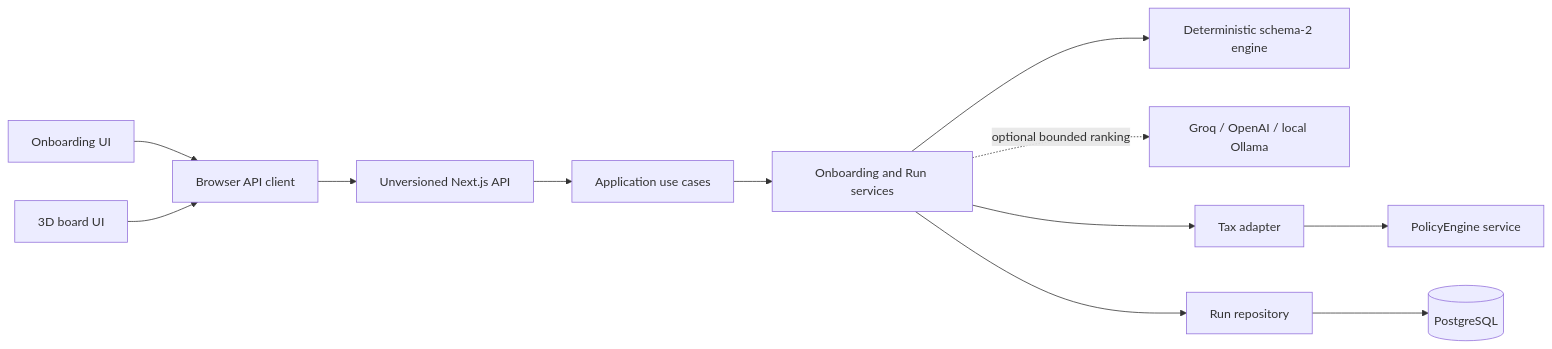
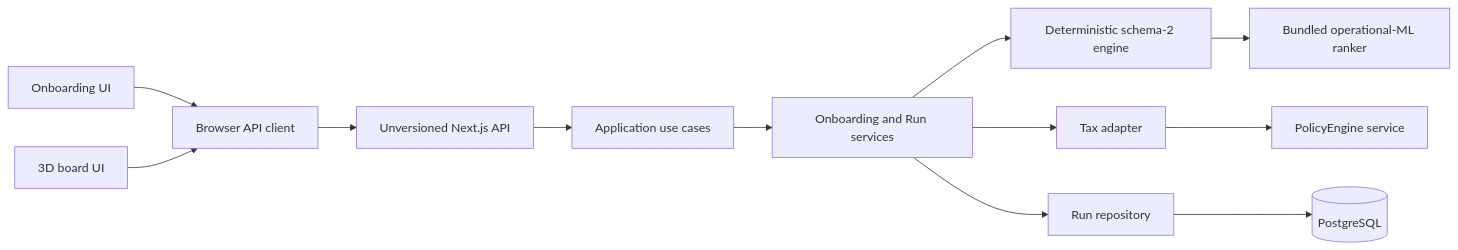
The first of 2 diagrams in docs/architecture/overview.md (tiennguyentony/life_finance), drawn with Mermaid before and after one commit. The commit also changed other lines of this file and 7 other files, not shown here.

Commit message:
Document operational ML gameplay architecture

````diff
--- a/docs/architecture/overview.md
+++ b/docs/architecture/overview.md
@@ -5,14 +5,14 @@
 ```mermaid
 flowchart LR
   O[Onboarding UI] --> C[Browser API client]
   B[3D board UI] --> C
   C --> H[Unversioned Next.js API]
   H --> A[Application use cases]
   A --> S[Onboarding and Run services]
   S --> E[Deterministic schema-2 engine]
-  S -. optional bounded ranking .-> AI[Groq / OpenAI / local Ollama]
+  E --> ML[Bundled operational-ML ranker]
   S --> T[Tax adapter]
   S --> R[Run repository]
   R --> P[(PostgreSQL)]
   T --> X[PolicyEngine service]
 ```
````
